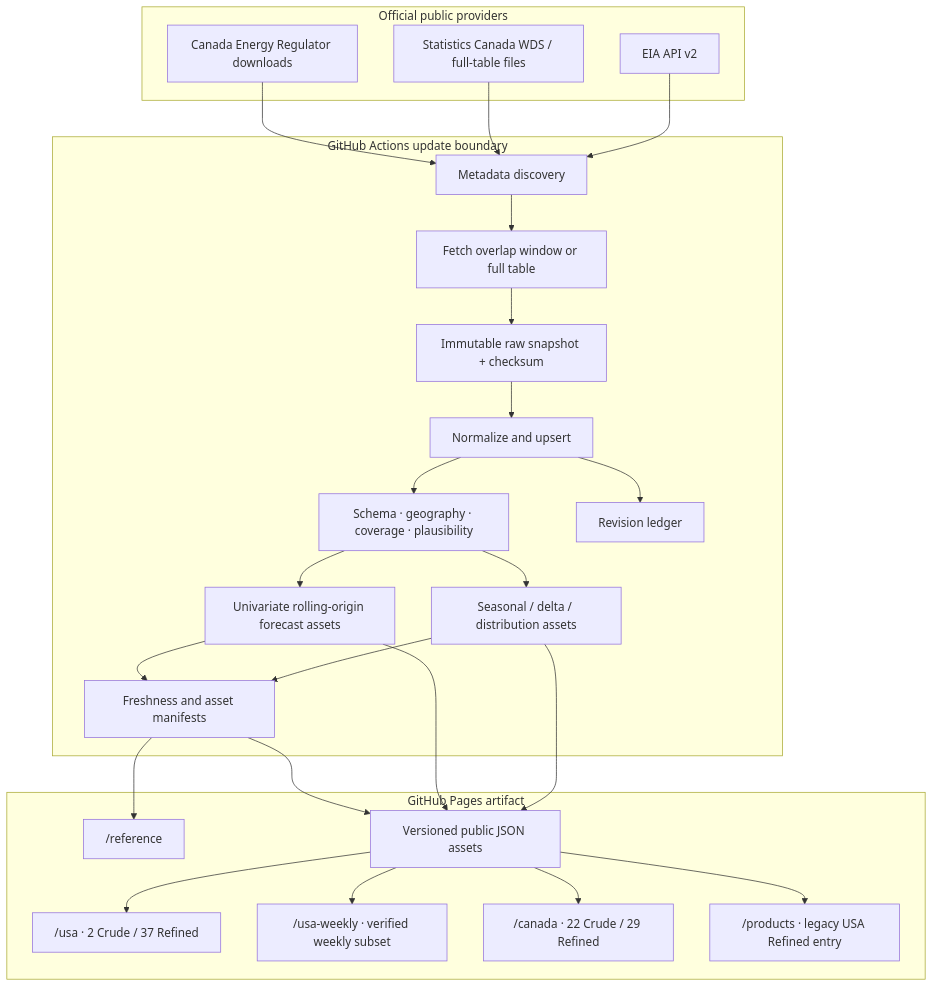
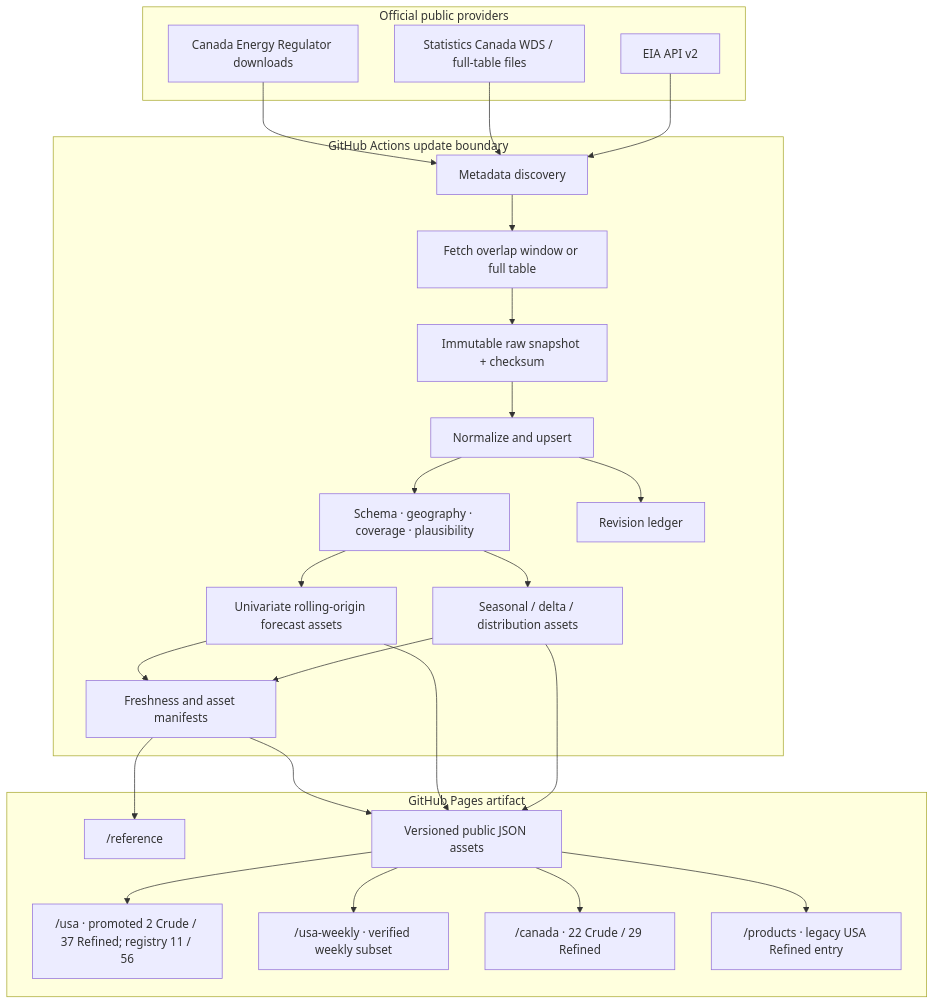
Before and after one commit to Aftikharmnz/USA_Canada_public_data_oil_and_gas_01: the diagram in docs/architecture.md, drawn with Mermaid. The commit also changed other lines of this file and 25 other files, not shown here.

````diff
--- a/docs/architecture.md
+++ b/docs/architecture.md
@@ -15,44 +15,44 @@
 ```mermaid
 flowchart TB
     subgraph Upstream["Official public providers"]
       EIA["EIA API v2"]
       STC["Statistics Canada WDS / full-table files"]
       CER["Canada Energy Regulator downloads"]
     end
 
     subgraph Update["GitHub Actions update boundary"]
       Discover["Metadata discovery"]
       Fetch["Fetch overlap window or full table"]
       Raw["Immutable raw snapshot + checksum"]
       Canon["Normalize and upsert"]
       Validate["Schema · geography · coverage · plausibility"]
       Rev["Revision ledger"]
       Derive["Seasonal / delta / distribution assets"]
       Forecast["Univariate rolling-origin forecast assets"]
       Manifest["Freshness and asset manifests"]
     end
 
     subgraph Static["GitHub Pages artifact"]
-      USA["/usa · 2 Crude / 37 Refined"]
+      USA["/usa · promoted 2 Crude / 37 Refined; registry 11 / 56"]
       USAWeekly["/usa-weekly · verified weekly subset"]
       CAN["/canada · 22 Crude / 29 Refined"]
       Reference["/reference"]
       Legacy["/products · legacy USA Refined entry"]
       Data["Versioned public JSON assets"]
     end
 
     EIA --> Discover
     STC --> Discover
     CER --> Discover
     Discover --> Fetch --> Raw --> Canon --> Validate
     Canon --> Rev
     Validate --> Derive --> Data
     Validate --> Forecast --> Data
     Derive --> Manifest --> Data
     Forecast --> Manifest
     Data --> USA
     Data --> USAWeekly
     Data --> CAN
     Manifest --> Reference
     Data --> Legacy
 ```
````
